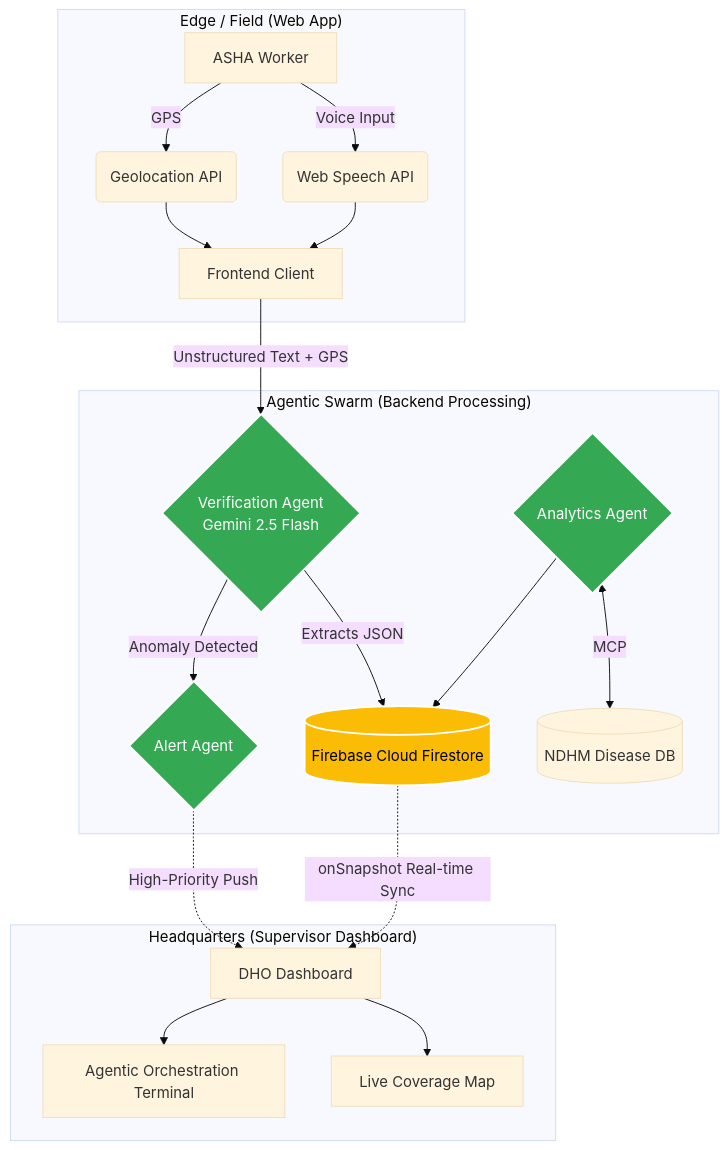
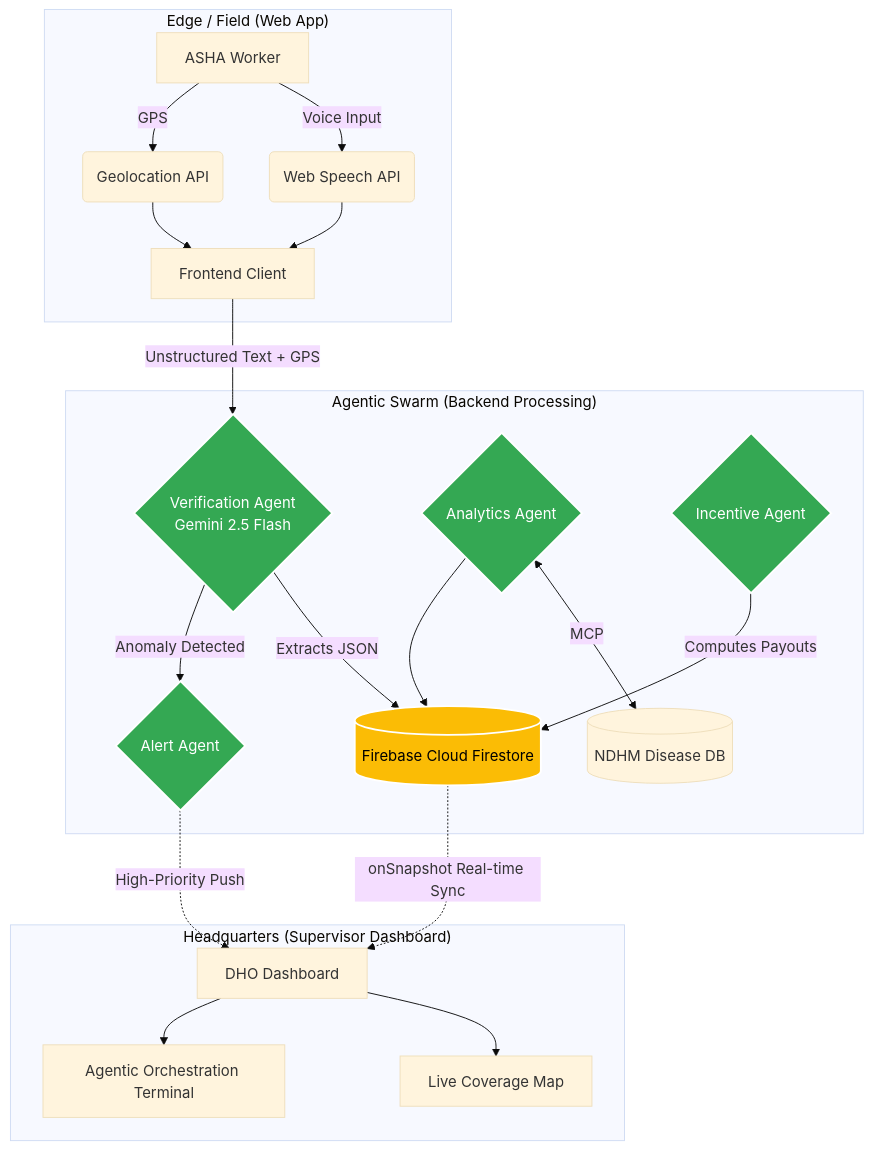
One commit to Dineshkumar2006471/Intelli-Asha changed the first of 2 diagrams in README.md. Above: the diagram before and after it, drawn with Mermaid (base theme). The commit also changed other lines of this file and 28 other files, not shown here.

Commit message:
feat: enhance incentive logic, fix geolocation, and overhaul README architecture docs

````diff
--- a/README.md
+++ b/README.md
@@ -68,31 +69,32 @@
 ```mermaid
 graph TD
     subgraph "Edge / Field (Web App)"
         A[ASHA Worker] -->|Voice Input| B(Web Speech API)
         B --> C[Frontend Client]
         A -->|GPS| D(Geolocation API)
         D --> C
     end
 
     subgraph "Agentic Swarm (Backend Processing)"
         C -->|Unstructured Text + GPS| E{Verification Agent<br/>Gemini 2.5 Flash}
         E -->|Extracts JSON| F[(Firebase Cloud Firestore)]
         E -- Anomaly Detected --> G{Alert Agent}
         H{Analytics Agent} <-->|MCP| I[(NDHM Disease DB)]
         H --> F
+        I2{Incentive Agent} -->|Computes Payouts| F
     end
 
     subgraph "Headquarters (Supervisor Dashboard)"
         F -.->|onSnapshot Real-time Sync| J[DHO Dashboard]
         G -.->|High-Priority Push| J
         J --> K[Live Coverage Map]
         J --> L[Agentic Orchestration Terminal]
     end
 
     classDef google fill:#4285F4,stroke:#fff,stroke-width:2px,color:#fff;
     classDef agent fill:#34A853,stroke:#fff,stroke-width:2px,color:#fff;
     classDef db fill:#FBBC05,stroke:#fff,stroke-width:2px,color:#000;
     
-    class E,G,H agent;
+    class E,G,H,I2 agent;
     class F db;
 ```
````
